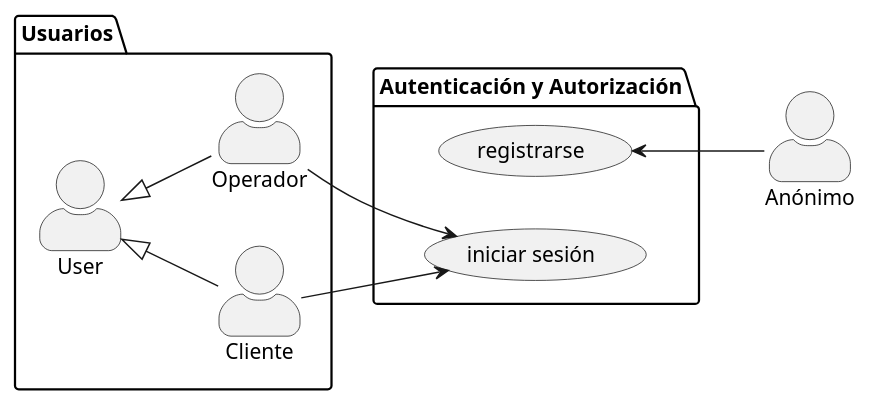
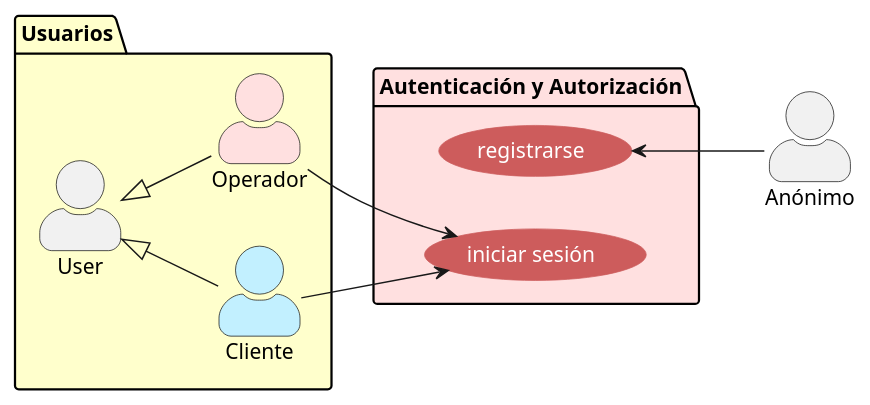
Before and after one commit to calmecac-community/lacandon: the diagram in doc/casos-de-uso/auth.wsd, drawn with PlantUML. The commit also changed 19 other files, not shown here.

```diff
--- a/doc/casos-de-uso/auth.wsd
+++ b/doc/casos-de-uso/auth.wsd
@@ -1,26 +1,30 @@
 @startuml auth
 left to right direction
 skinparam actorStyle awesome
-
+skinparam usecase {
+  BackgroundColor IndianRed
+  BorderColor IndianRed
+  FontColor #white
+}
 
 actor "Anónimo" as Anonimo
 
-package Usuarios {
-  actor Cliente
-  actor Operador
+package Usuarios #BUSINESS{
+  actor Cliente #APPLICATION
+  actor Operador #IMPLEMENTATION
 
   User <|-- Cliente
   User <|-- Operador
 }
 
 
-package "Autenticación y Autorización" {
+package "Autenticación y Autorización" #IMPLEMENTATION {
   usecase "registrarse" as registro
   usecase "iniciar sesión" as login
 }
 
 Anonimo -up-> registro
 Cliente --> login
 Operador --> login
 
 @enduml
```
